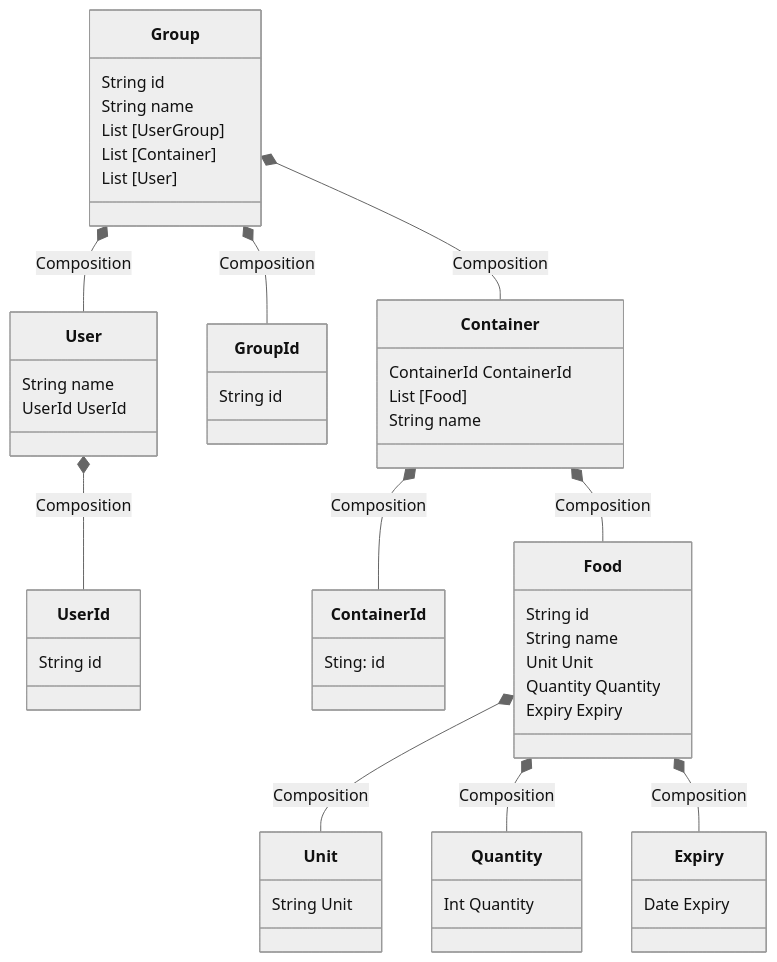
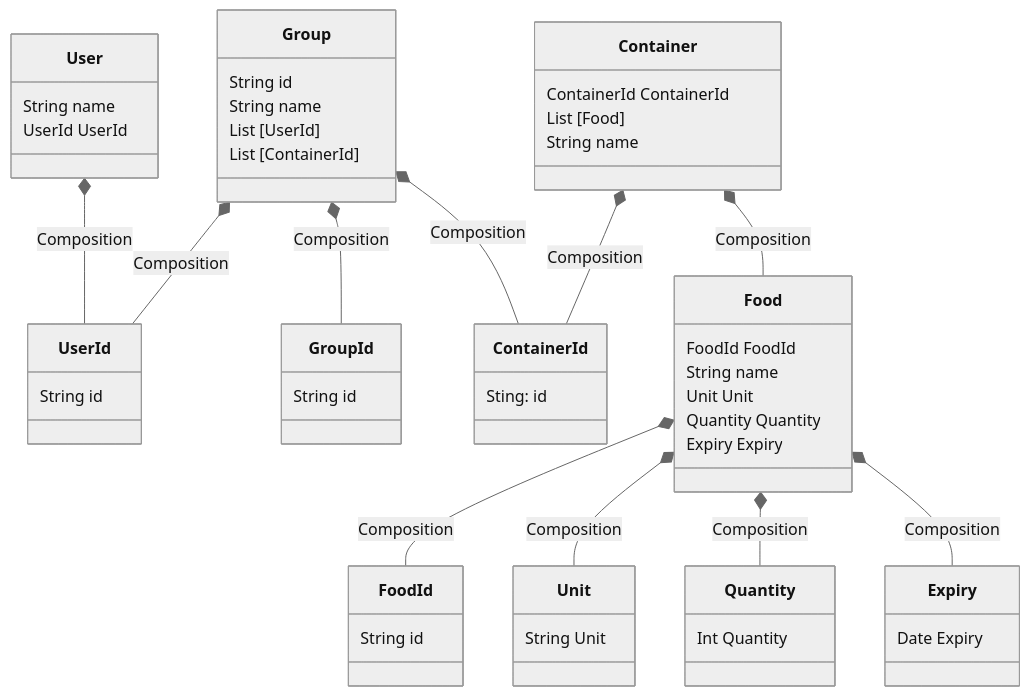
One commit to nishiki-tech/nishiki-documents changed the second of 2 diagrams in project-document/docs/domain-model/domain-model.md. Above: the diagram before and after it, drawn with Mermaid (neutral theme).

Commit message:
doc: update domain model diagram

````diff
--- a/project-document/docs/domain-model/domain-model.md
+++ b/project-document/docs/domain-model/domain-model.md
@@ -25,69 +25,73 @@
 ```mermaid
 classDiagram
 
     class UserId {
         String id
     }
 
     class User {
         String name
         UserId UserId
     }
 
 
     class GroupId {
         String id
     }
 
     class Group {
         String id
         String name
-        List [UserGroup]
-        List [Container]
-        List [User]
+        List [UserId]
+        List [ContainerId]
     }
 
     class Container {
         ContainerId ContainerId
         List [Food]
         String name
     }
 
     class ContainerId {
         Sting: id
     }
 
     class Food {
-        String id
+        FoodId FoodId
         String name
         Unit Unit
         Quantity Quantity
         Expiry Expiry
+    }
+
+    class FoodId {
+        String id
     }
 
     class Unit {
         String Unit
     }
 
     class Quantity {
         Int Quantity
     }
 
     class Expiry {
         Date Expiry
     }
 
     User *-- UserId : Composition
 
     Group *-- GroupId : Composition
-    Group *-- Container : Composition
-    Group *-- User : Composition
+    Group *-- ContainerId : Composition
+    Group *-- UserId : Composition
 
     Container *-- ContainerId : Composition
     Container *-- Food : Composition
 
+    Food *-- FoodId : Composition
     Food *-- Unit : Composition
     Food *-- Quantity : Composition
     Food *-- Expiry : Composition
 
 ```
````
